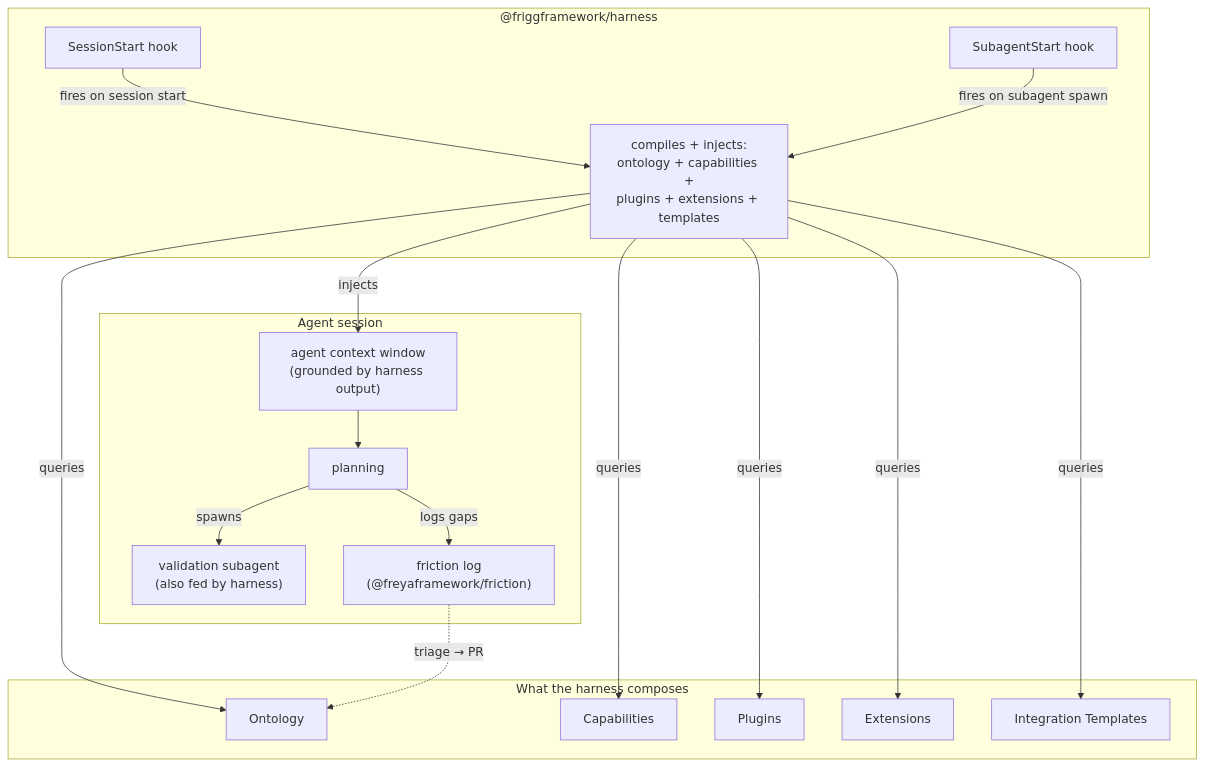
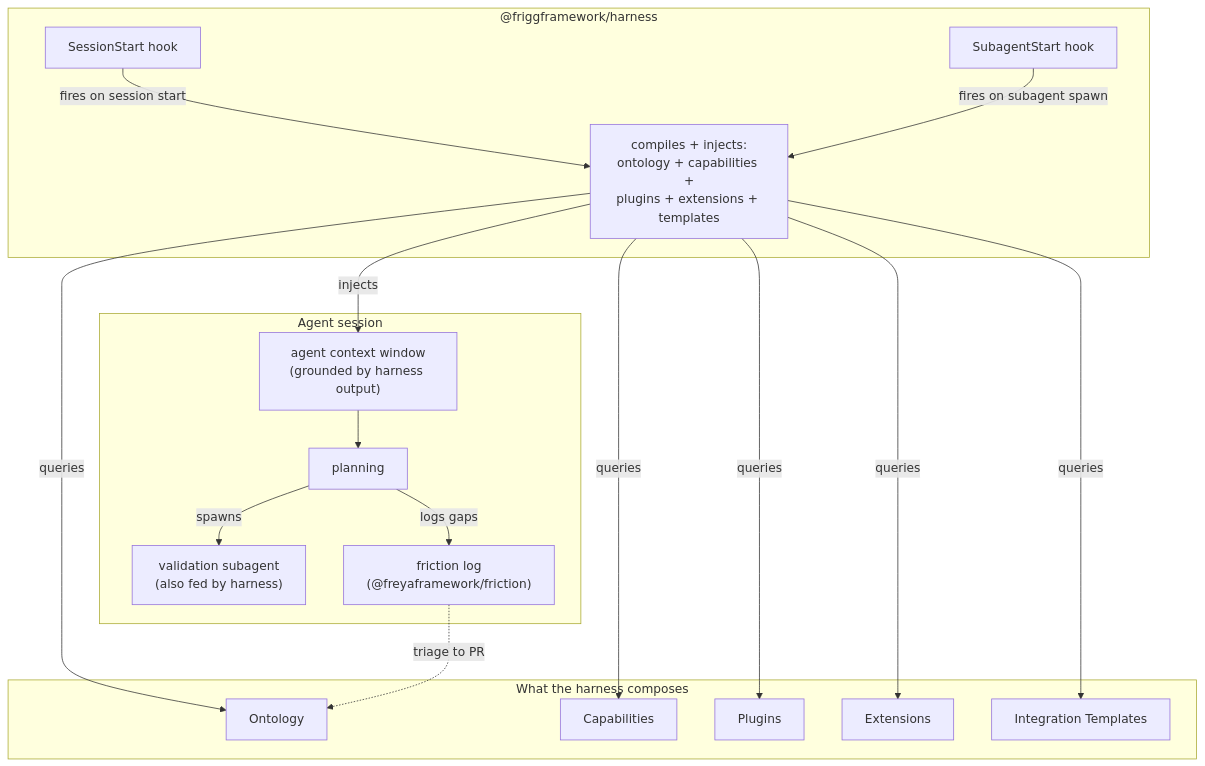
One commit to friggframework/frigg changed the diagram in docs/architecture/ADR-AGENT-HARNESS.md. Above: the diagram before and after it, drawn with Mermaid. The commit also changed other lines of this file and 10 other files, not shown here.

First line of the commit message:
docs(architecture): cut AI-isms, remove private repo references

````diff
--- a/docs/architecture/ADR-AGENT-HARNESS.md
+++ b/docs/architecture/ADR-AGENT-HARNESS.md
@@ -58,29 +57,29 @@
 ```mermaid
 flowchart TB
     subgraph Harness["@friggframework/harness"]
         SS["SessionStart hook"]
         SSS["SubagentStart hook"]
         Compiler["compiles + injects:<br/>ontology + capabilities +<br/>plugins + extensions + templates"]
     end
     subgraph Concepts["What the harness composes"]
         O["Ontology"]
         C["Capabilities"]
         P["Plugins"]
         E["Extensions"]
         T["Integration Templates"]
     end
     subgraph Agent["Agent session"]
         Ctx["agent context window<br/>(grounded by harness output)"]
         Plan["planning"]
         Val["validation subagent<br/>(also fed by harness)"]
         Friction["friction log<br/>(@freyaframework/friction)"]
     end
     SS -- "fires on session start" --> Compiler
     SSS -- "fires on subagent spawn" --> Compiler
     Compiler -- "queries" --> O & C & P & E & T
     Compiler -- "injects" --> Ctx
     Ctx --> Plan
     Plan -- "spawns" --> Val
     Plan -- "logs gaps" --> Friction
-    Friction -. "triage → PR" .-> O
+    Friction -. "triage to PR" .-> O
 ```
````
